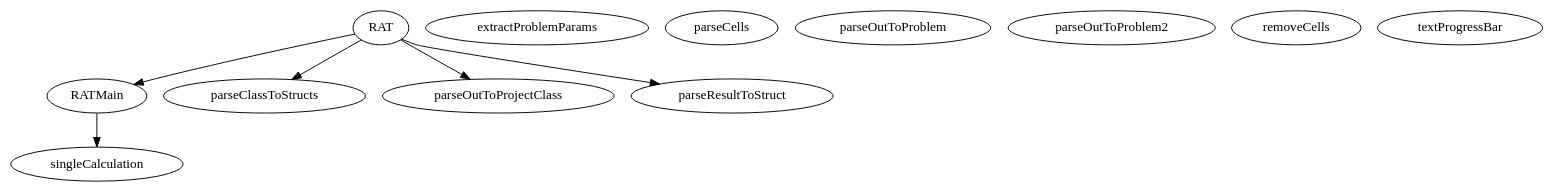
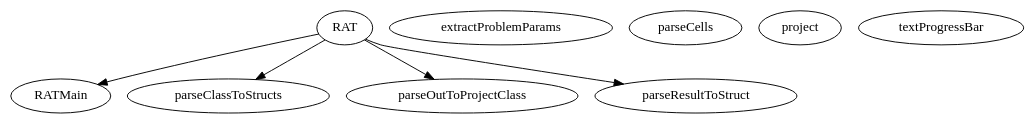
The diagram in master/api_reference/API/graph.dot (RascalSoftware/RAT), drawn with Graphviz before and after one commit. The commit also changed 241 other files, not shown here.

```diff
--- a/master/api_reference/API/graph.dot
+++ b/master/api_reference/API/graph.dot
@@ -1,21 +1,17 @@
 /* Created by mdot for Matlab */
 digraph m2html {
   RAT -> RATMain;
   RAT -> parseClassToStructs;
   RAT -> parseOutToProjectClass;
   RAT -> parseResultToStruct;
-  RATMain -> singleCalculation;
 
   RAT [URL="RAT.html"];
   RATMain [URL="RATMain.html"];
   extractProblemParams [URL="extractProblemParams.html"];
   parseCells [URL="parseCells.html"];
   parseClassToStructs [URL="parseClassToStructs.html"];
-  parseOutToProblem [URL="parseOutToProblem.html"];
-  parseOutToProblem2 [URL="parseOutToProblem2.html"];
   parseOutToProjectClass [URL="parseOutToProjectClass.html"];
   parseResultToStruct [URL="parseResultToStruct.html"];
-  removeCells [URL="removeCells.html"];
-  singleCalculation [URL="singleCalculation.html"];
+  project [URL="project.html"];
   textProgressBar [URL="textProgressBar.html"];
 }
```
